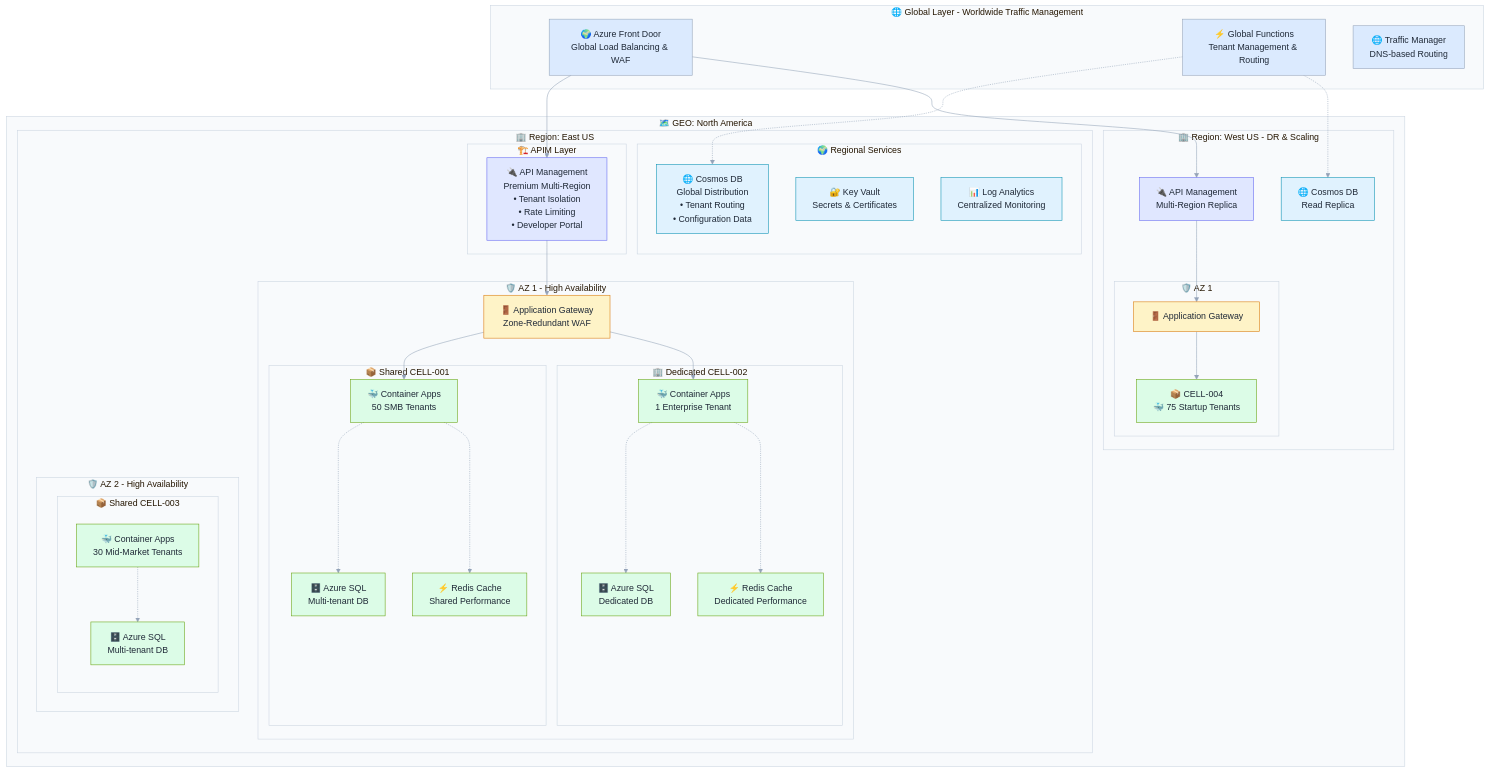
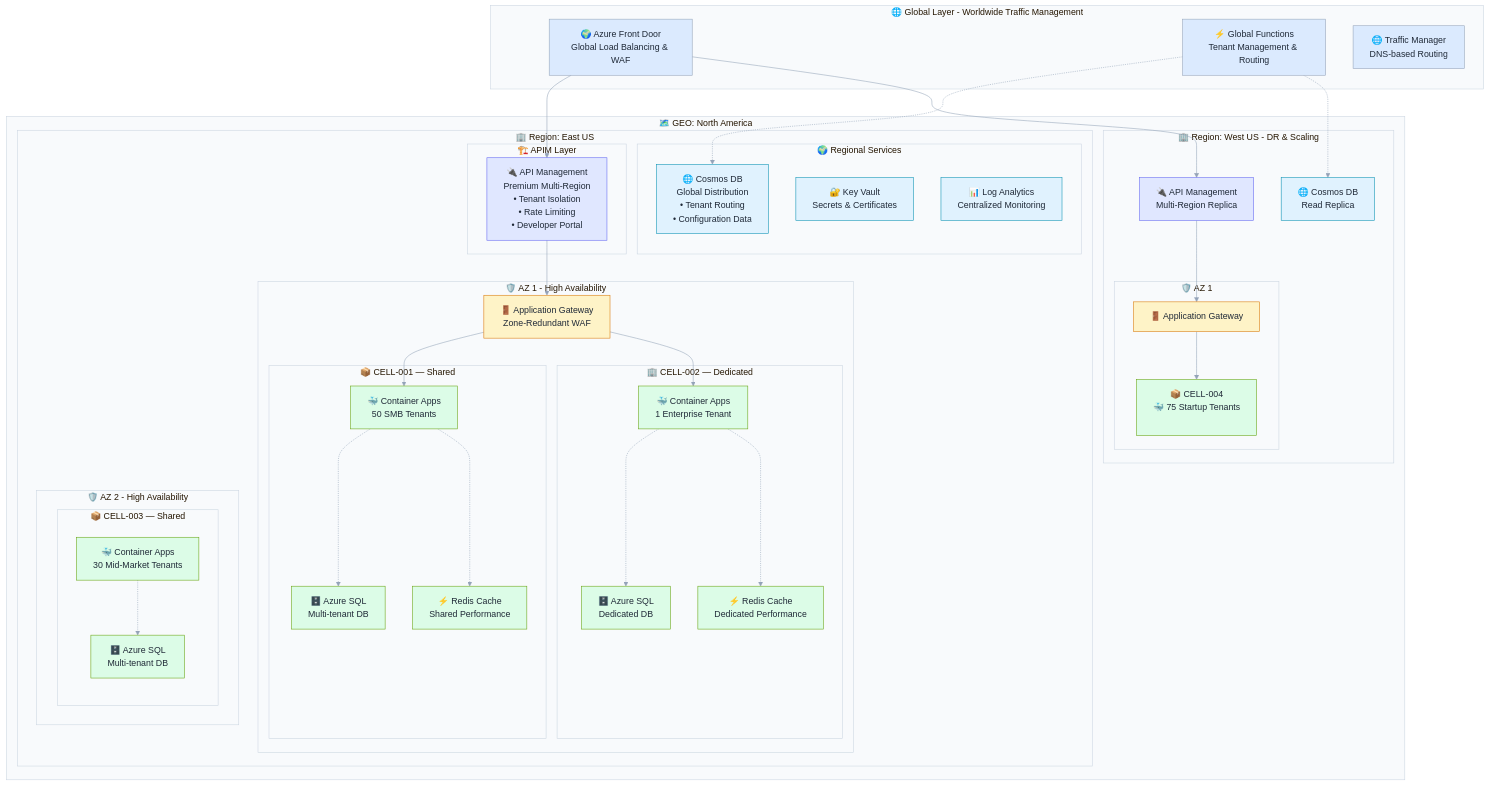
The diagram in README.md (srnichols/StampsPattern), drawn with Mermaid before and after one commit. The commit also changed 1 other file, not shown here.

Commit message:
docs: restore icons in Landing Zones; fix CELL label truncation in README with padded headers

```diff
--- a/README.md
+++ b/README.md
@@ -47,19 +47,19 @@
             end
             subgraph "🛡️ AZ 1 - High Availability"
                 AG1[🚪 Application Gateway<br/>Zone-Redundant WAF]
-                subgraph "📦 Shared CELL-001"
+                subgraph "📦 CELL-001 — Shared<br/>&nbsp;"
                     CA1[🐳 Container Apps<br/>50 SMB Tenants]
                     SQL1[🗄️ Azure SQL<br/>Multi-tenant DB]
                     REDIS1[⚡ Redis Cache<br/>Shared Performance]
                 end
-                subgraph "🏢 Dedicated CELL-002"
+                subgraph "🏢 CELL-002 — Dedicated<br/>&nbsp;"
                     CA2[🐳 Container Apps<br/>1 Enterprise Tenant]
                     SQL2[🗄️ Azure SQL<br/>Dedicated DB]
                     REDIS2[⚡ Redis Cache<br/>Dedicated Performance]
                 end
             end
             subgraph "🛡️ AZ 2 - High Availability"
-                subgraph "📦 Shared CELL-003"
+                subgraph "📦 CELL-003 — Shared<br/>&nbsp;"
                     CA3[🐳 Container Apps<br/>30 Mid-Market Tenants]
                     SQL3[🗄️ Azure SQL<br/>Multi-tenant DB]
                 end
@@ -75,7 +75,7 @@
             APIM2[🔌 API Management<br/>Multi-Region Replica]
             subgraph "🛡️ AZ 1"
                 AG2[🚪 Application Gateway]
-                CELL4[📦 CELL-004<br/>🐳 75 Startup Tenants]
+                CELL4[📦 CELL-004<br/>🐳 75 Startup Tenants<br/>&nbsp;]
             end
             COSMOS2[🌐 Cosmos DB<br/>Read Replica]
         end
```
